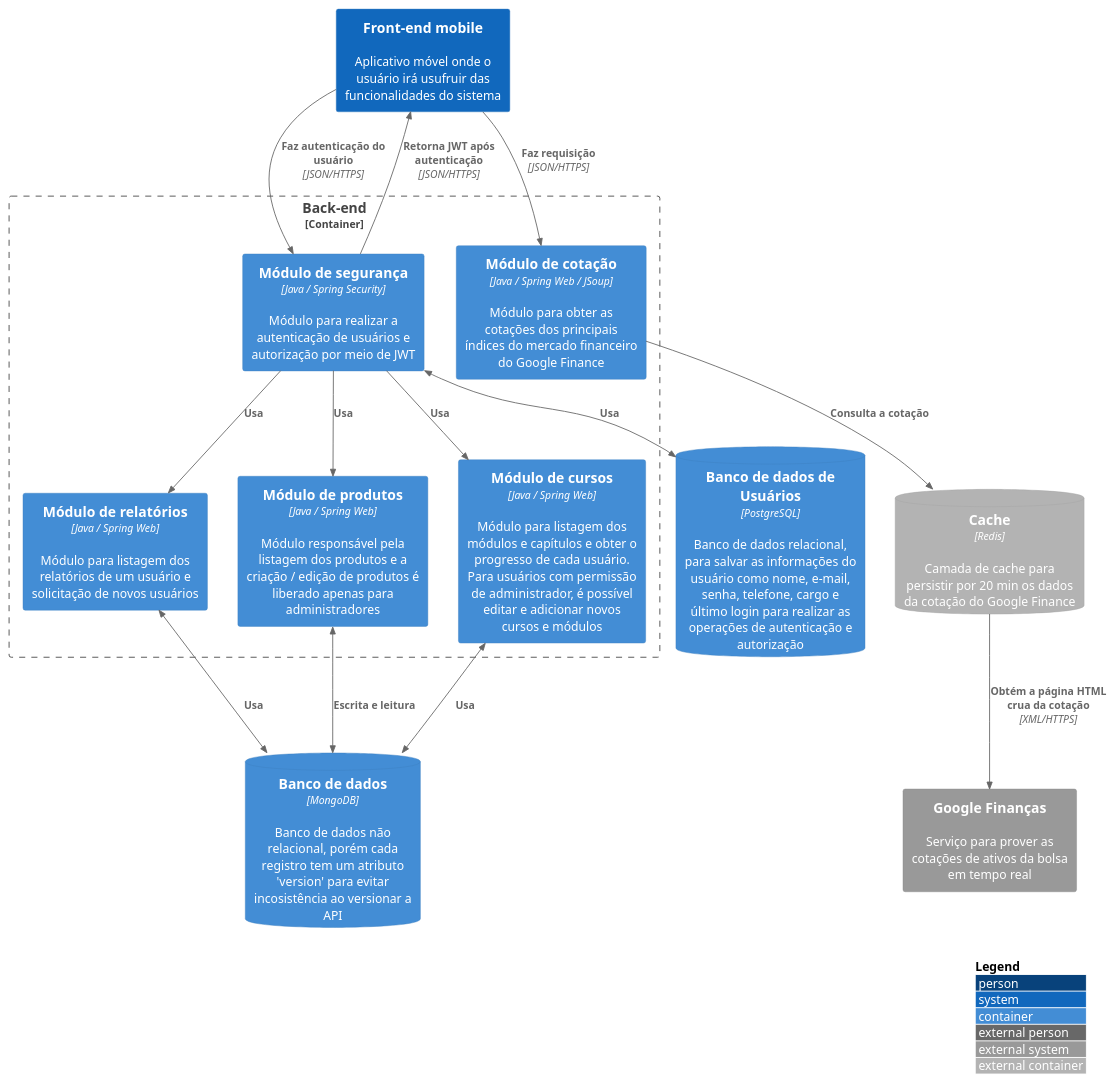
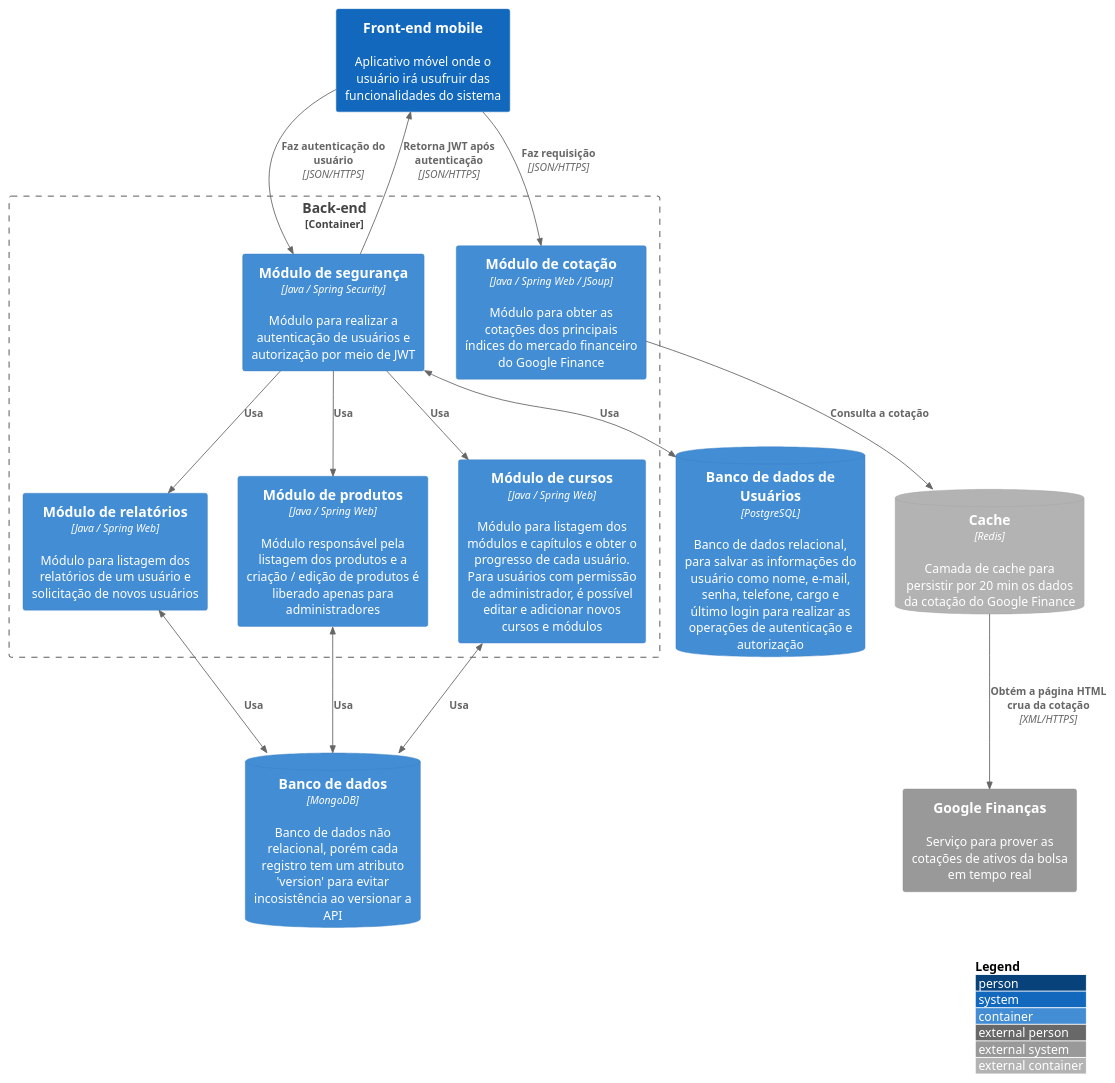
Before and after one commit to Open-3A/3A-c4-model: the diagram in src/C2 Containers/Back-end/back_end.puml, drawn with PlantUML. The commit also changed 18 other files, not shown here.

```diff
--- a/src/C2 Containers/Back-end/back_end.puml
+++ b/src/C2 Containers/Back-end/back_end.puml
@@ -1,36 +1,36 @@
 @startuml Back-end container
 
 !include https://raw.githubusercontent.com/adrianvlupu/C4-PlantUML/latest/C4_Container.puml
 
 LAYOUT_WITH_LEGEND()
 
 System(mobile, "Front-end mobile", "Aplicativo móvel onde o usuário irá usufruir das funcionalidades do sistema")
 System_Ext(google_finance, "Google Finanças", "Serviço para prover as cotações de ativos da bolsa em tempo real")
 
 Container_Boundary(backend, "Back-end"){
   Container(products_module, "Módulo de produtos", "Java / Spring Web", "Módulo responsável pela listagem dos produtos e a criação / edição de produtos é liberado apenas para administradores")
   Container(courses_module, "Módulo de cursos", "Java / Spring Web", "Módulo para listagem dos módulos e capítulos e obter o progresso de cada usuário. Para usuários com permissão de administrador, é possível editar e adicionar novos cursos e módulos")
   Container(security_module, "Módulo de segurança", "Java / Spring Security", "Módulo para realizar a autenticação de usuários e autorização por meio de JWT")
   Container(reports_module, "Módulo de relatórios", "Java / Spring Web", "Módulo para listagem dos relatórios de um usuário e solicitação de novos usuários")
   Container(quotation_module, "Módulo de cotação", "Java / Spring Web / JSoup", "Módulo para obter as cotações dos principais índices do mercado financeiro do Google Finance")
 }
 
 ContainerDb(db, "Banco de dados", "MongoDB", "Banco de dados não relacional, porém cada registro tem um atributo 'version' para evitar incosistência ao versionar a API")
 ContainerDb(user_db, "Banco de dados de Usuários", "PostgreSQL", "Banco de dados relacional, para salvar as informações do usuário como nome, e-mail, senha, telefone, cargo e último login para realizar as operações de autenticação e autorização")
 ContainerDb_Ext(redis, "Cache", "Redis", "Camada de cache para persistir por 20 min os dados da cotação do Google Finance")
 
 Rel(mobile, security_module, "Faz autenticação do usuário", "JSON/HTTPS")
 Rel(security_module, mobile, "Retorna JWT após autenticação", "JSON/HTTPS")
 Rel(security_module, products_module, "Usa")
 Rel(security_module, courses_module, "Usa")
 Rel(security_module, reports_module, "Usa")
 Rel(mobile, quotation_module, "Faz requisição", "JSON/HTTPS")
 Rel(quotation_module, redis, "Consulta a cotação")
 Rel(redis, google_finance, "Obtém a página HTML crua da cotação", "XML/HTTPS")
 
-BiRel(products_module, db, "Escrita e leitura")
+BiRel(products_module, db, "Usa")
 BiRel(courses_module, db, "Usa")
 BiRel(reports_module, db, "Usa")
 BiRel(security_module, user_db, "Usa")
 
 @enduml
```
